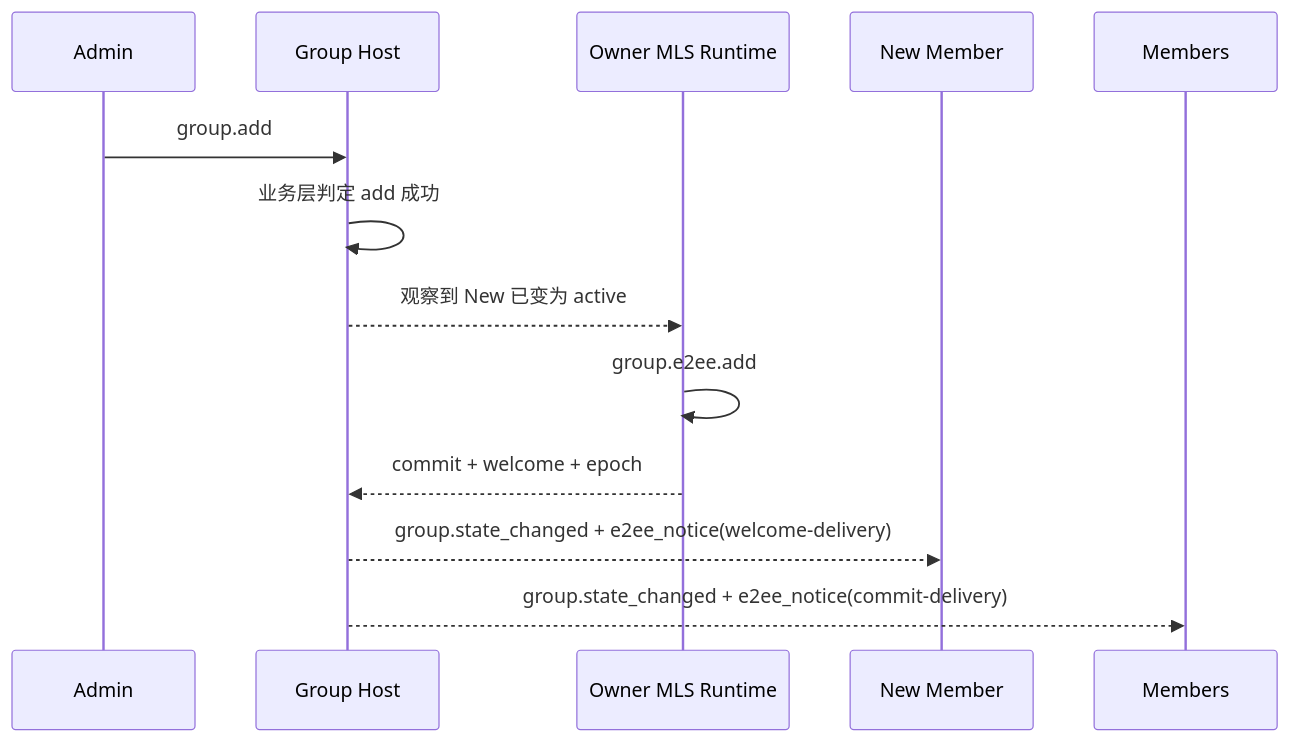
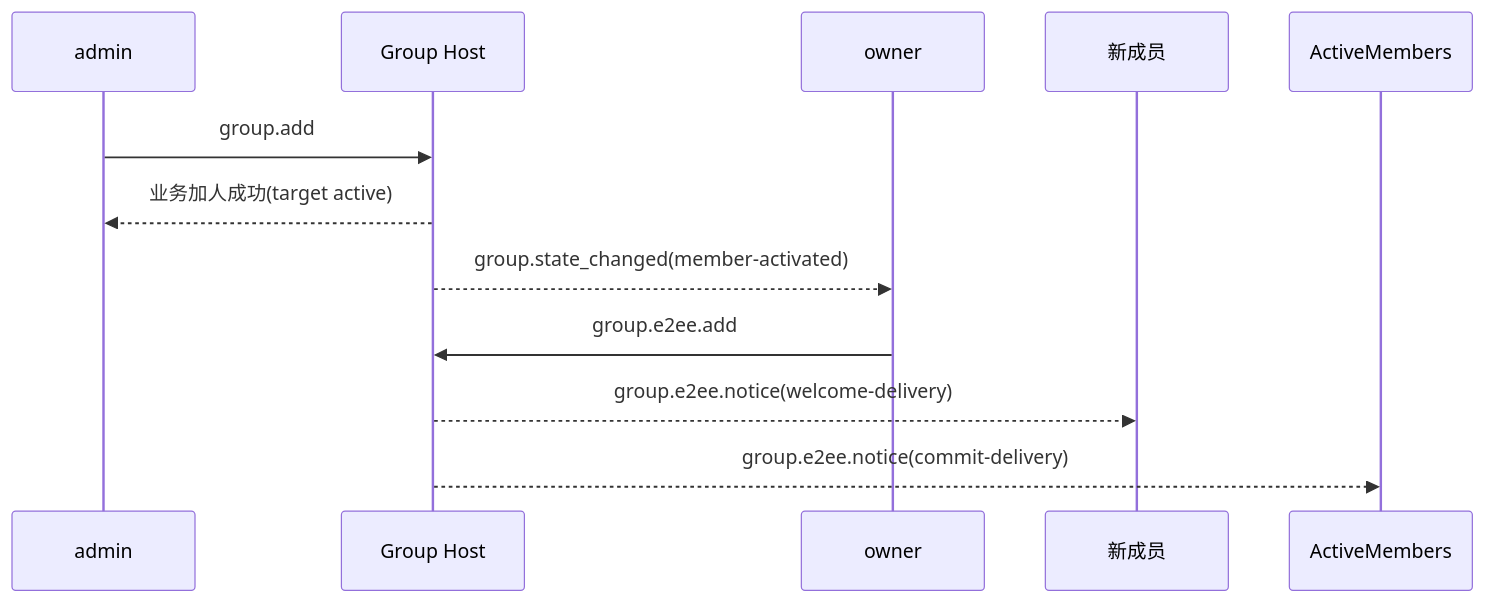
The third of 5 diagrams in chinese/message/06-群组端到端加密.md (NeatNerdPrime/AgentNetworkProtocol), drawn with Mermaid before and after one commit. The commit also changed other lines of this file, not shown here.

Commit message:
update message group e2ee protocol

````diff
--- a/chinese/message/06-群组端到端加密.md
+++ b/chinese/message/06-群组端到端加密.md
@@ -993,15 +1181,14 @@
 ```mermaid
 sequenceDiagram
-    participant Admin as Admin
-    participant Host as Group Host
-    participant Owner as Owner MLS Runtime
-    participant New as New Member
+    participant A as admin
+    participant H as Group Host
+    participant O as owner
+    participant B as 新成员
 
-    Admin->>Host: group.add
-    Host->>Host: 业务层判定 add 成功
-    Host-->>Owner: 观察到 New 已变为 active
-    Owner->>Owner: group.e2ee.add
-    Owner-->>Host: commit + welcome + epoch
-    Host-->>New: group.state_changed + e2ee_notice(welcome-delivery)
-    Host-->>Members: group.state_changed + e2ee_notice(commit-delivery)
+    A->>H: group.add
+    H-->>A: 业务加人成功(target active)
+    H-->>O: group.state_changed(member-activated)
+    O->>H: group.e2ee.add
+    H-->>B: group.e2ee.notice(welcome-delivery)
+    H-->>ActiveMembers: group.e2ee.notice(commit-delivery)
 ```
````
